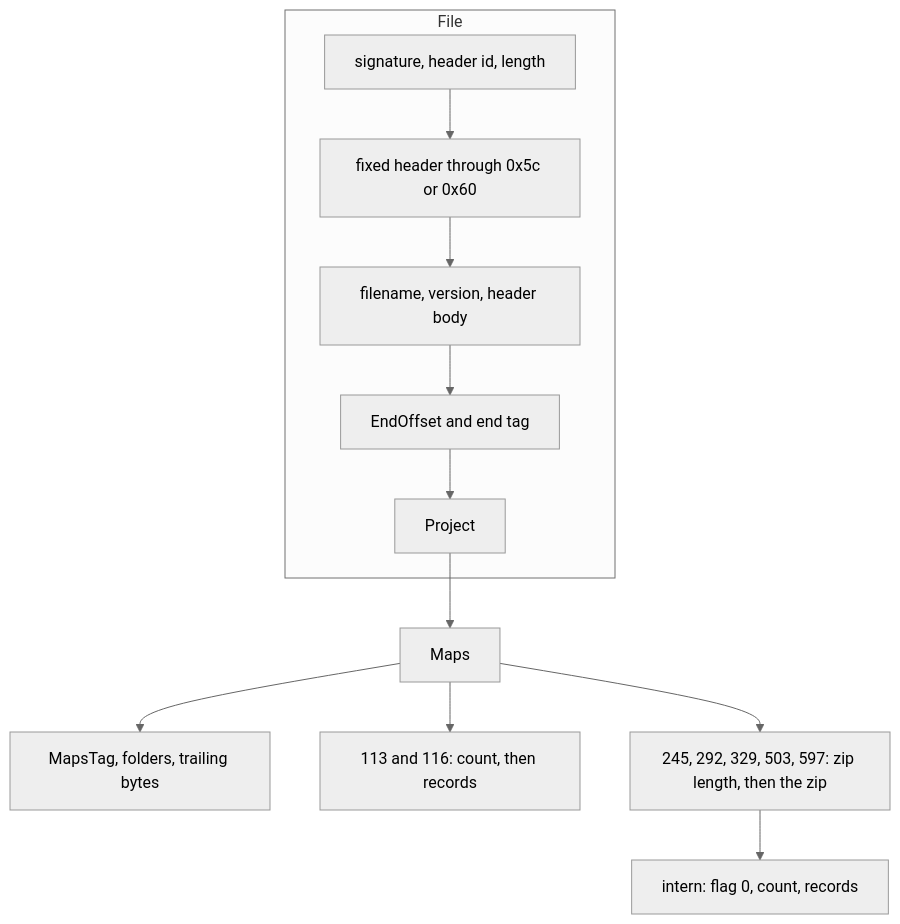
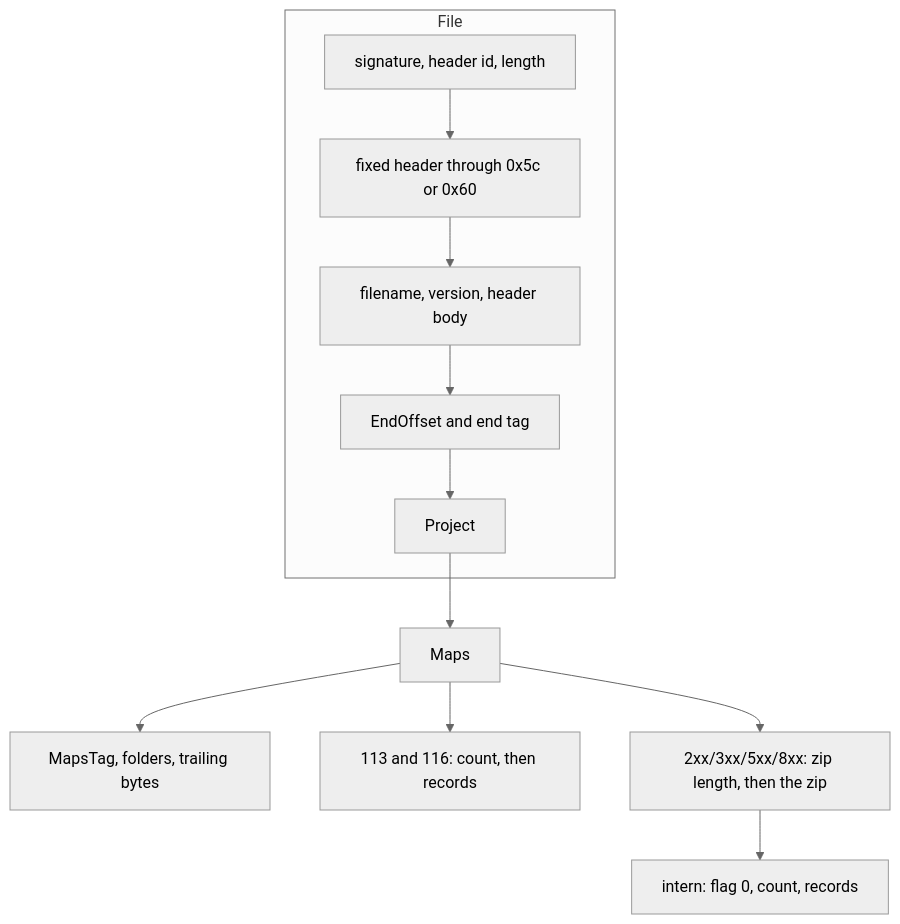
The diagram in docs/kp-format.md (nyetlabs/xdfkit), drawn with Mermaid (neutral theme) before and after one commit. The commit also changed other lines of this file and 37 other files, not shown here.

````diff
--- a/docs/kp-format.md
+++ b/docs/kp-format.md
@@ -26,14 +64,14 @@
 ```mermaid
 flowchart TD
   subgraph file [File]
     A["signature, header id, length"] --> B["fixed header through 0x5c or 0x60"]
     B --> C["filename, version, header body"]
     C --> D["EndOffset and end tag"]
     D --> E[Project]
   end
   E --> F[Maps]
   F --> G["MapsTag, folders, trailing bytes"]
   F --> H["113 and 116: count, then records"]
-  F --> I["245, 292, 329, 503, 597: zip length, then the zip"]
+  F --> I["2xx/3xx/5xx/8xx: zip length, then the zip"]
   I --> J["intern: flag 0, count, records"]
 ```
````
